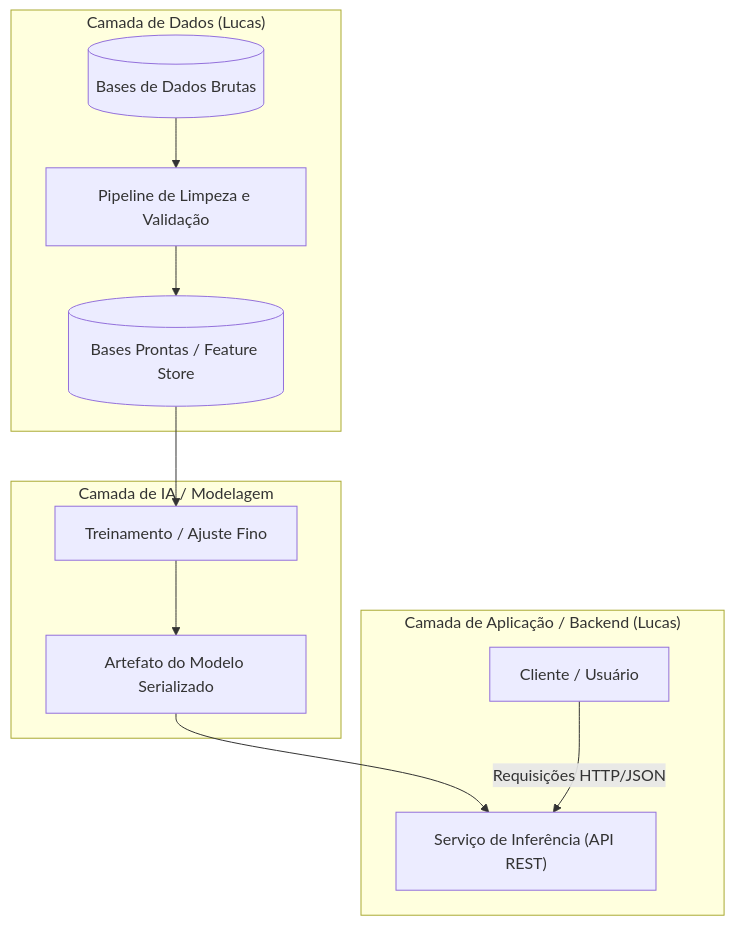
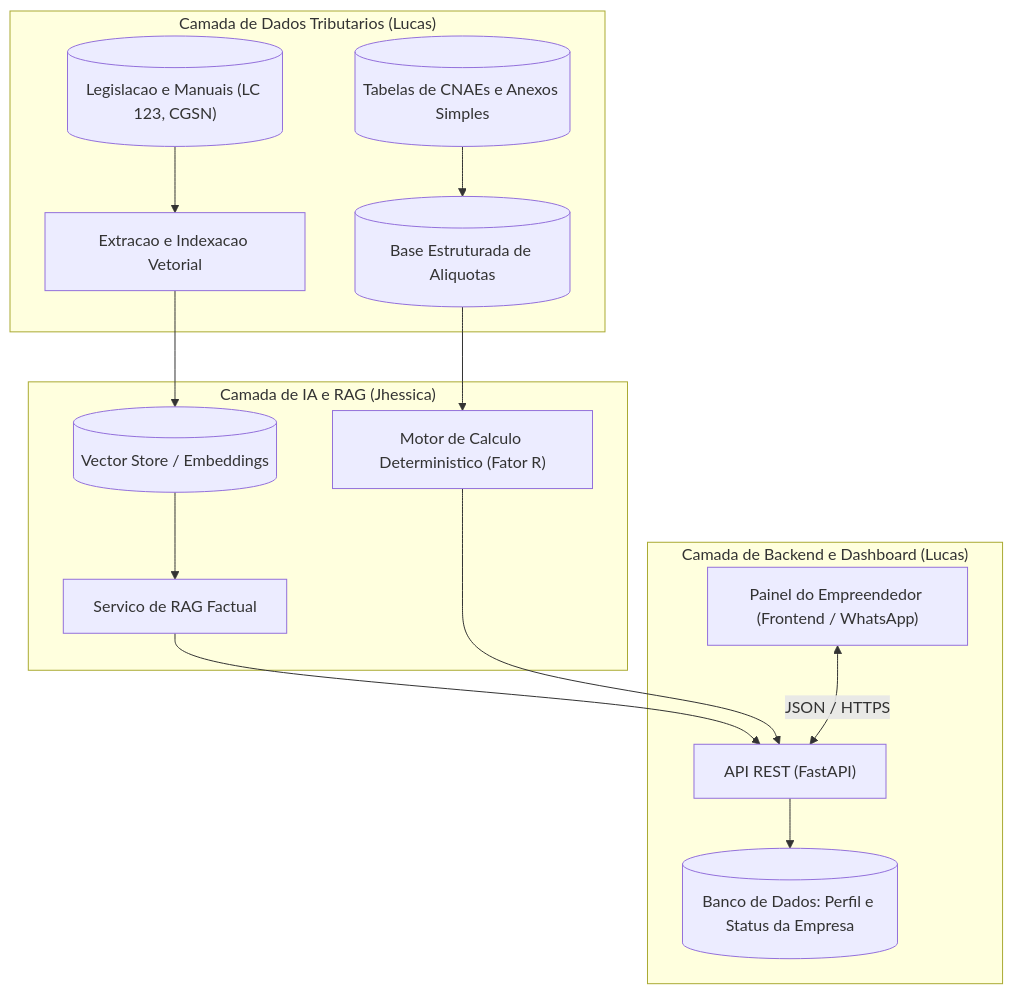
Before and after one commit to ingrdsoares/RES-IA-Challenge-2: the diagram in docs/arquitetura.md, drawn with Mermaid. The commit also changed other lines of this file and 9 other files, not shown here.

````diff
--- a/docs/arquitetura.md
+++ b/docs/arquitetura.md
@@ -12,17 +12,20 @@
 ```mermaid
 flowchart TD
-    subgraph Ingestao["Camada de Dados (Lucas)"]
-        RawData[("Bases de Dados Brutas")] --> Sanitizer["Pipeline de Limpeza e Validação"]
-        Sanitizer --> ProcessedData[("Bases Prontas / Feature Store")]
+    subgraph Ingestao["Camada de Dados Tributarios (Lucas)"]
+        Legis[("Legislacao e Manuais (LC 123, CGSN)")] --> Chunking["Extracao e Indexacao Vetorial"]
+        CNAEData[("Tabelas de CNAEs e Anexos Simples")] --> StructuredStore[("Base Estruturada de Aliquotas")]
     end
 
-    subgraph Inteligencia["Camada de IA / Modelagem"]
-        ProcessedData --> Treino["Treinamento / Ajuste Fino"]
-        Treino --> ModelArtifact["Artefato do Modelo Serializado"]
+    subgraph Inteligencia["Camada de IA e RAG (Jhessica)"]
+        Chunking --> VectorDB[("Vector Store / Embeddings")]
+        VectorDB --> RAGService["Servico de RAG Factual"]
+        StructuredStore --> RuleEngine["Motor de Calculo Deterministico (Fator R)"]
     end
 
-    subgraph Servicos["Camada de Aplicação / Backend (Lucas)"]
-        ModelArtifact --> APIService["Serviço de Inferência (API REST)"]
-        ClientApp["Cliente / Usuário"] -->|Requisições HTTP/JSON| APIService
+    subgraph Servicos["Camada de Backend e Dashboard (Lucas)"]
+        RAGService --> API["API REST (FastAPI)"]
+        RuleEngine --> API
+        API --> AppDB[("Banco de Dados: Perfil e Status da Empresa")]
+        ClientApp["Painel do Empreendedor (Frontend / WhatsApp)"] <-->|JSON / HTTPS| API
     end
 ```
````
